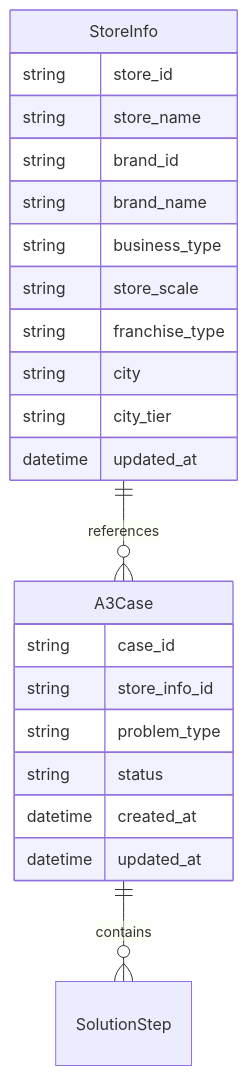
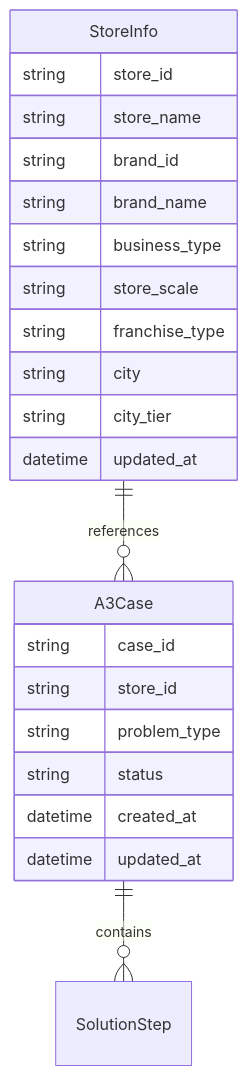
The third of 4 diagrams in .kiro/specs/a3-case-management/design.md (aierdong/a3-cbr), drawn with Mermaid before and after one commit. The commit also changed other lines of this file and 33 other files, not shown here.

````diff
--- a/.kiro/specs/a3-case-management/design.md
+++ b/.kiro/specs/a3-case-management/design.md
@@ -428,25 +436,25 @@
 ```mermaid
 erDiagram
     StoreInfo {
         string store_id
         string store_name
         string brand_id
         string brand_name
         string business_type
         string store_scale
         string franchise_type
         string city
         string city_tier
         datetime updated_at
     }
     A3Case {
         string case_id
-        string store_info_id
+        string store_id
         string problem_type
         string status
         datetime created_at
         datetime updated_at
     }
     StoreInfo ||--o{ A3Case : references
     A3Case ||--o{ SolutionStep : contains
 ```
````
